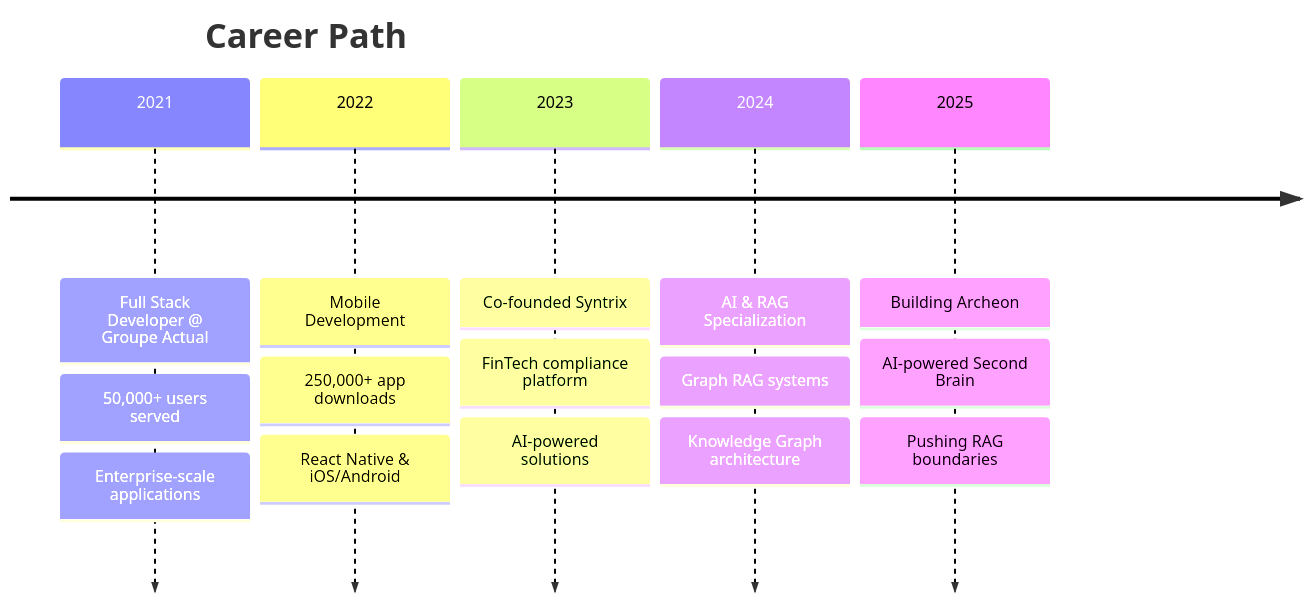
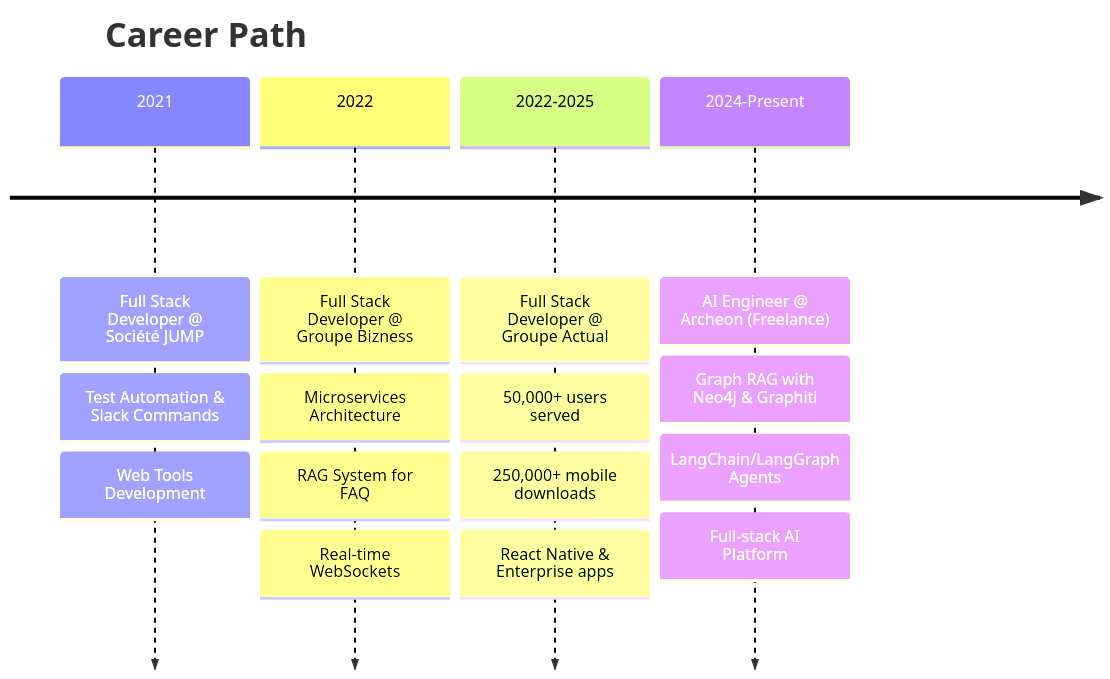
One commit to soymustamahti/soymustamahti changed the second of 2 diagrams in README.md. Above: the diagram before and after it, drawn with Mermaid. The commit also changed other lines of this file, not shown here.

````diff
--- a/README.md
+++ b/README.md
@@ -147,19 +186,19 @@
 ```mermaid
 timeline
     title Career Path
-    2021 : Full Stack Developer @ Groupe Actual
+    2021 : Full Stack Developer @ Société JUMP
+         : Test Automation & Slack Commands
+         : Web Tools Development
+    2022 : Full Stack Developer @ Groupe Bizness
+         : Microservices Architecture
+         : RAG System for FAQ
+         : Real-time WebSockets
+    2022-2025 : Full Stack Developer @ Groupe Actual
          : 50,000+ users served
-         : Enterprise-scale applications
-    2022 : Mobile Development
-         : 250,000+ app downloads
-         : React Native & iOS/Android
-    2023 : Co-founded Syntrix
-         : FinTech compliance platform
-         : AI-powered solutions
-    2024 : AI & RAG Specialization
-         : Graph RAG systems
-         : Knowledge Graph architecture
-    2025 : Building Archeon
-         : AI-powered Second Brain
-         : Pushing RAG boundaries
+         : 250,000+ mobile downloads
+         : React Native & Enterprise apps
+    2024-Present : AI Engineer @ Archeon (Freelance)
+         : Graph RAG with Neo4j & Graphiti
+         : LangChain/LangGraph Agents
+         : Full-stack AI Platform
 ```
````
